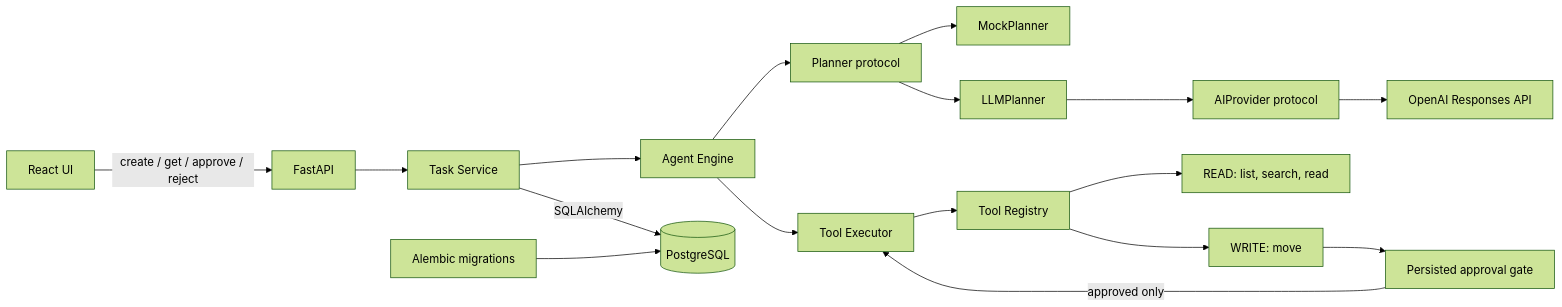
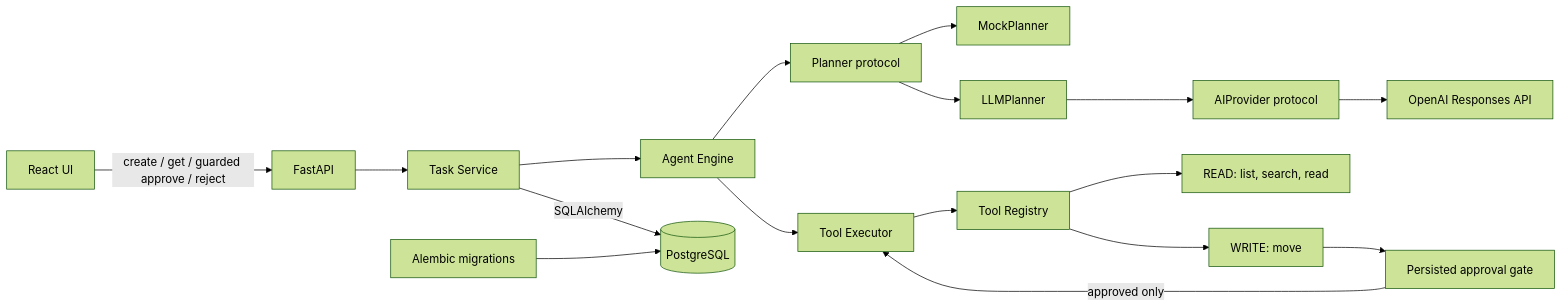
One commit to EstiveJobson/aura changed the first of 2 diagrams in docs/architecture.md. Above: the diagram before and after it, drawn with Mermaid (forest theme). The commit also changed other lines of this file and 12 other files, not shown here.

````diff
--- a/docs/architecture.md
+++ b/docs/architecture.md
@@ -18,19 +18,19 @@
 ```mermaid
 flowchart LR
-    Browser[React UI] -->|create / get / approve / reject| API[FastAPI]
+    Browser[React UI] -->|create / get / guarded approve / reject| API[FastAPI]
     API --> Service[Task Service]
     Service --> Engine[Agent Engine]
     Engine --> Planner[Planner protocol]
     Planner --> Mock[MockPlanner]
     Planner --> LLM[LLMPlanner]
     LLM --> Provider[AIProvider protocol]
     Provider --> OpenAI[OpenAI Responses API]
     Engine --> Executor[Tool Executor]
     Executor --> Registry[Tool Registry]
     Registry --> Read[READ: list, search, read]
     Registry --> Write[WRITE: move]
     Write --> Gate[Persisted approval gate]
     Gate -->|approved only| Executor
     Service -->|SQLAlchemy| PostgreSQL[(PostgreSQL)]
     Alembic[Alembic migrations] --> PostgreSQL
 ```
````
